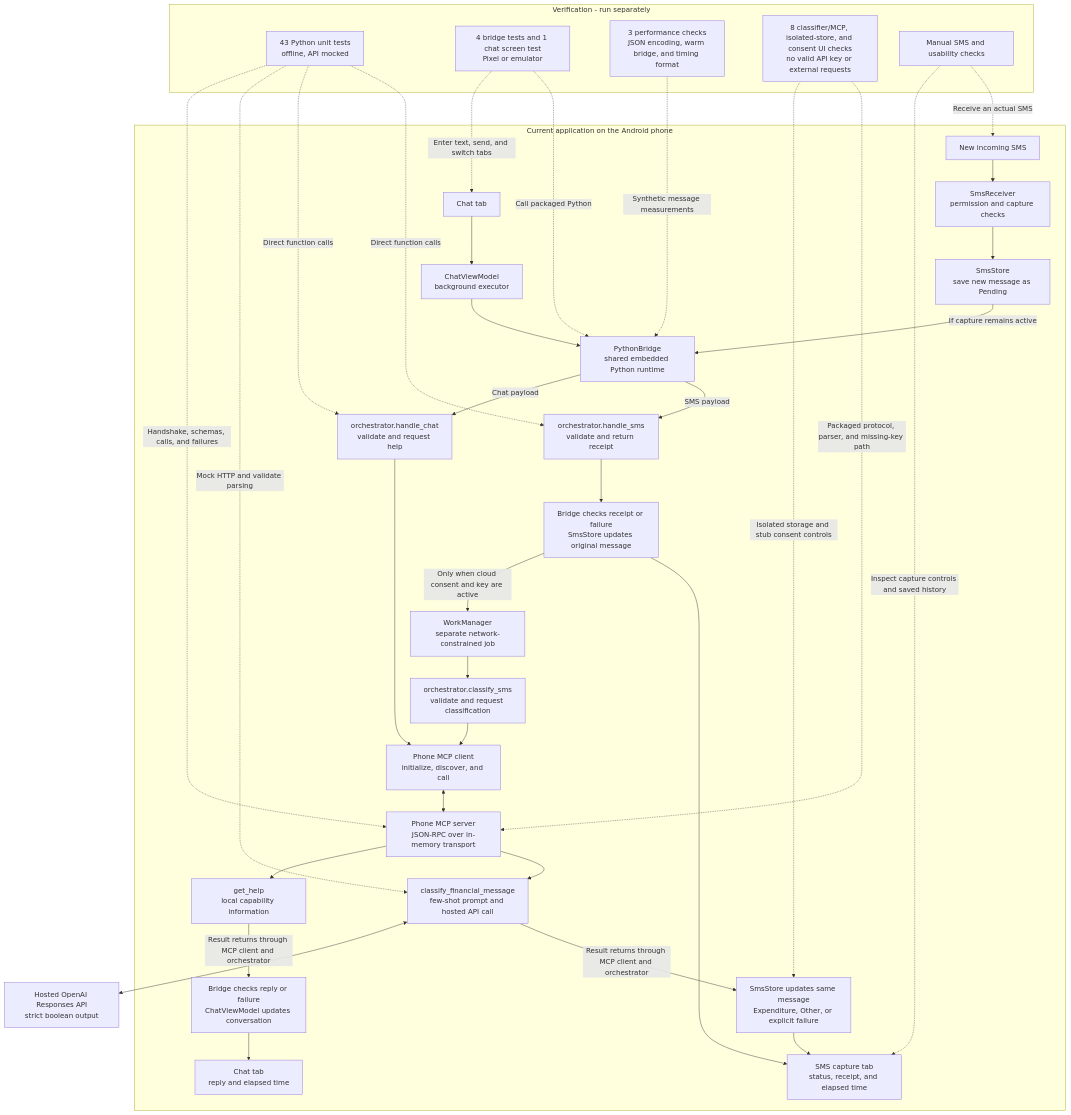
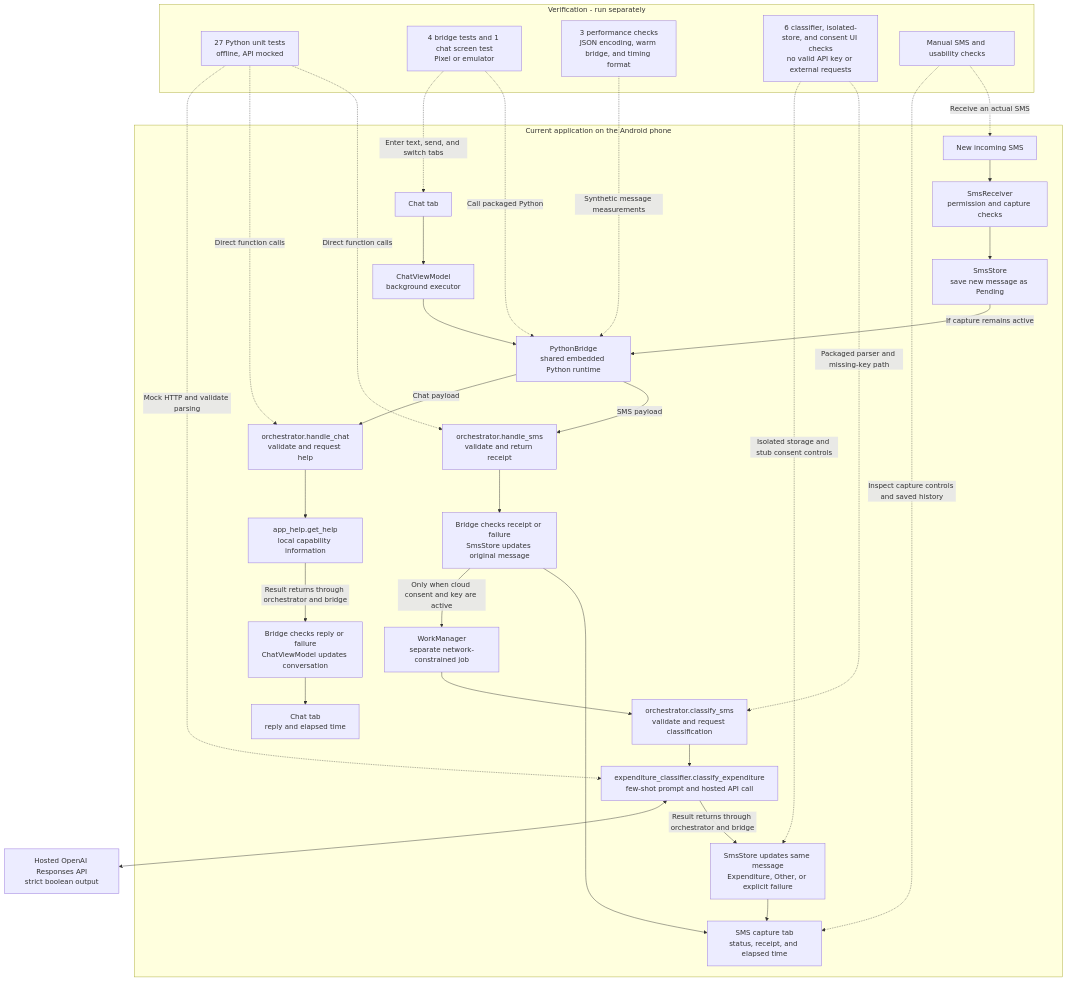
The first of 3 diagrams in README.md (Abijith97/expense-tracker-with-mcp), drawn with Mermaid before and after one commit. The commit also changed other lines of this file and 16 other files, not shown here.

Commit message:
Simplify phone orchestration with direct classifier calls

````diff
--- a/README.md
+++ b/README.md
@@ -42,45 +86,41 @@
 ```mermaid
 flowchart TB
     subgraph Phone[Current application on the Android phone]
         Chat[Chat tab] --> ChatWork[ChatViewModel<br/>background executor]
         SMS[New incoming SMS] --> Capture[SmsReceiver<br/>permission and capture checks]
         Capture --> Save[SmsStore<br/>save new message as Pending]
         Save -->|If capture remains active| Bridge[PythonBridge<br/>shared embedded Python runtime]
         ChatWork --> Bridge
         Bridge -->|SMS payload| SMSPython[orchestrator.handle_sms<br/>validate and return receipt]
         Bridge -->|Chat payload| ChatPython[orchestrator.handle_chat<br/>validate and request help]
         SMSPython --> SMSResult[Bridge checks receipt or failure<br/>SmsStore updates original message]
         SMSResult --> SMSScreen[SMS capture tab<br/>status, receipt, and elapsed time]
         SMSResult -->|Only when cloud consent and key are active| CloudWork[WorkManager<br/>separate network-constrained job]
         CloudWork --> Classifier[orchestrator.classify_sms<br/>validate and request classification]
-        Classifier --> MCPClient[Phone MCP client<br/>initialize, discover, and call]
-        ChatPython --> MCPClient
-        MCPClient <--> MCPServer[Phone MCP server<br/>JSON-RPC over in-memory transport]
-        MCPServer --> ClassifyTool[classify_financial_message<br/>few-shot prompt and hosted API call]
-        MCPServer --> HelpTool[get_help<br/>local capability information]
-        ClassifyTool -->|Result returns through MCP client and orchestrator| Classified[SmsStore updates same message<br/>Expenditure, Other, or explicit failure]
+        Classifier --> ClassifyTool[expenditure_classifier.classify_expenditure<br/>few-shot prompt and hosted API call]
+        ChatPython --> HelpTool[app_help.get_help<br/>local capability information]
+        ClassifyTool -->|Result returns through orchestrator and bridge| Classified[SmsStore updates same message<br/>Expenditure, Other, or explicit failure]
         Classified --> SMSScreen
-        HelpTool -->|Result returns through MCP client and orchestrator| ChatResult[Bridge checks reply or failure<br/>ChatViewModel updates conversation]
+        HelpTool -->|Result returns through orchestrator and bridge| ChatResult[Bridge checks reply or failure<br/>ChatViewModel updates conversation]
         ChatResult --> ChatScreen[Chat tab<br/>reply and elapsed time]
     end
     ClassifyTool <--> API[Hosted OpenAI Responses API<br/>strict boolean output]
 
     subgraph Checks[Verification - run separately]
-        Unit[43 Python unit tests<br/>offline, API mocked]
+        Unit[27 Python unit tests<br/>offline, API mocked]
         Integration[4 bridge tests and 1 chat screen test<br/>Pixel or emulator]
         Performance[3 performance checks<br/>JSON encoding, warm bridge, and timing format]
-        ClassificationChecks[8 classifier/MCP, isolated-store, and consent UI checks<br/>no valid API key or external requests]
+        ClassificationChecks[6 classifier, isolated-store, and consent UI checks<br/>no valid API key or external requests]
         Manual[Manual SMS and usability checks]
     end
     Unit -.->|Direct function calls| SMSPython
     Unit -.->|Direct function calls| ChatPython
     Integration -.->|Call packaged Python| Bridge
     Integration -.->|Enter text, send, and switch tabs| Chat
     Performance -.->|Synthetic message measurements| Bridge
     Unit -.->|Mock HTTP and validate parsing| ClassifyTool
-    Unit -.->|Handshake, schemas, calls, and failures| MCPServer
-    ClassificationChecks -.->|Packaged protocol, parser, and missing-key path| MCPServer
+    ClassificationChecks -.->|Packaged parser and missing-key path| Classifier
     ClassificationChecks -.->|Isolated storage and stub consent controls| Classified
     Manual -.->|Receive an actual SMS| SMS
     Manual -.->|Inspect capture controls and saved history| SMSScreen
 ```
````
